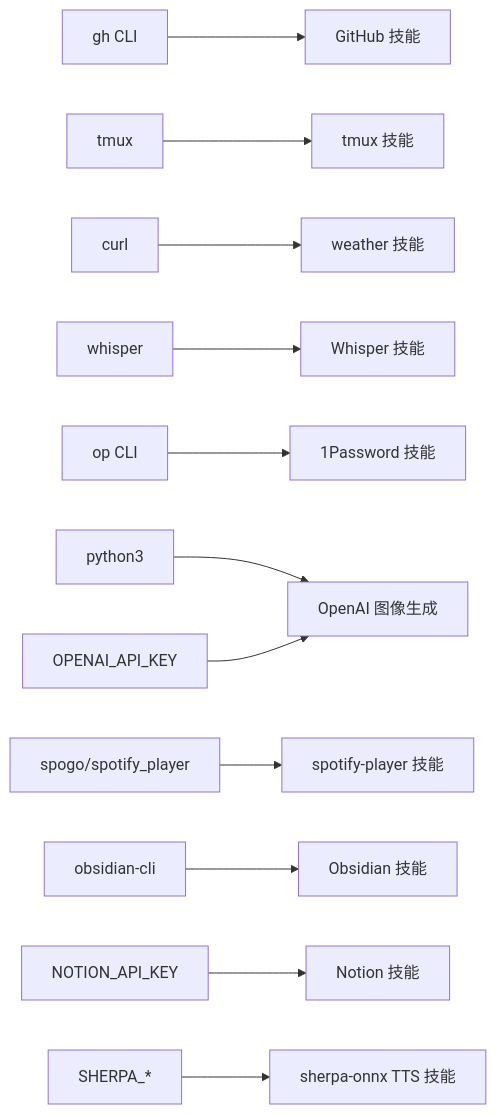
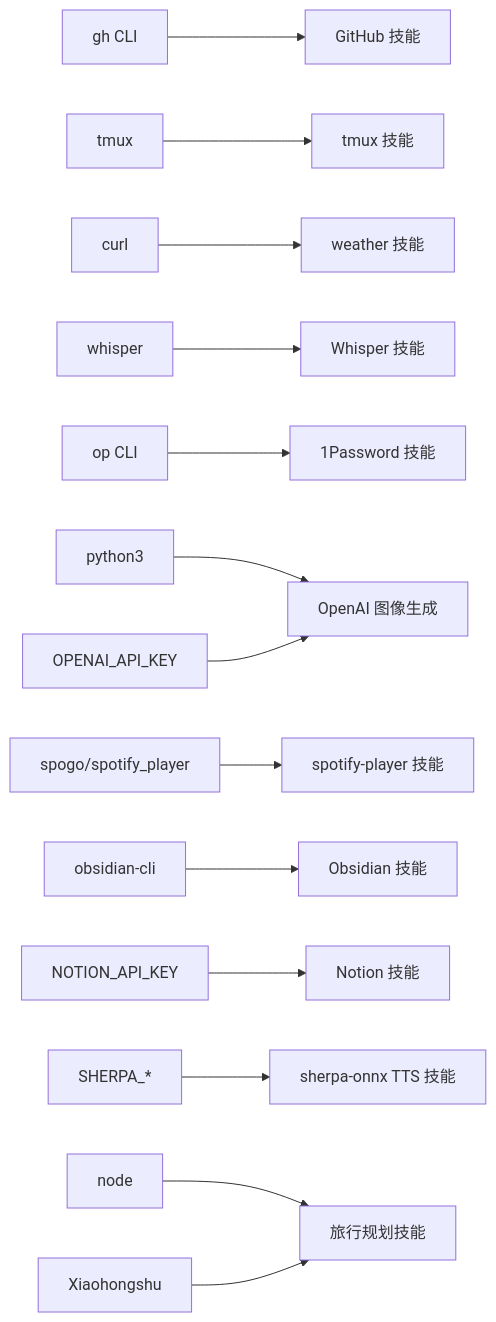
One commit to verse-ai-org/openclaw changed the third of 3 diagrams in .qoder/repowiki/zh/content/技能平台/内置技能/内置技能.md. Above: the diagram before and after it, drawn with Mermaid. The commit also changed other lines of this file and 14 other files, not shown here.

````diff
--- a/.qoder/repowiki/zh/content/技能平台/内置技能/内置技能.md
+++ b/.qoder/repowiki/zh/content/技能平台/内置技能/内置技能.md
@@ -436,14 +534,16 @@
 ```mermaid
 graph LR
 GH["gh CLI"] --> G["GitHub 技能"]
 TM["tmux"] --> T["tmux 技能"]
 CR["curl"] --> W["weather 技能"]
 WH["whisper"] --> WHI["Whisper 技能"]
 OP["op CLI"] --> O1["1Password 技能"]
 PY["python3"] --> IMG["OpenAI 图像生成"]
 SP["spogo/spotify_player"] --> SPOT["spotify-player 技能"]
 OC["obsidian-cli"] --> OBS["Obsidian 技能"]
 ENV1["NOTION_API_KEY"] --> N["Notion 技能"]
 ENV2["OPENAI_API_KEY"] --> IMG
 ENV3["SHERPA_*"] --> TTS["sherpa-onnx TTS 技能"]
+NODE["node"] --> TP["旅行规划技能"]
+XHS["Xiaohongshu"] --> TP
 ```
````
